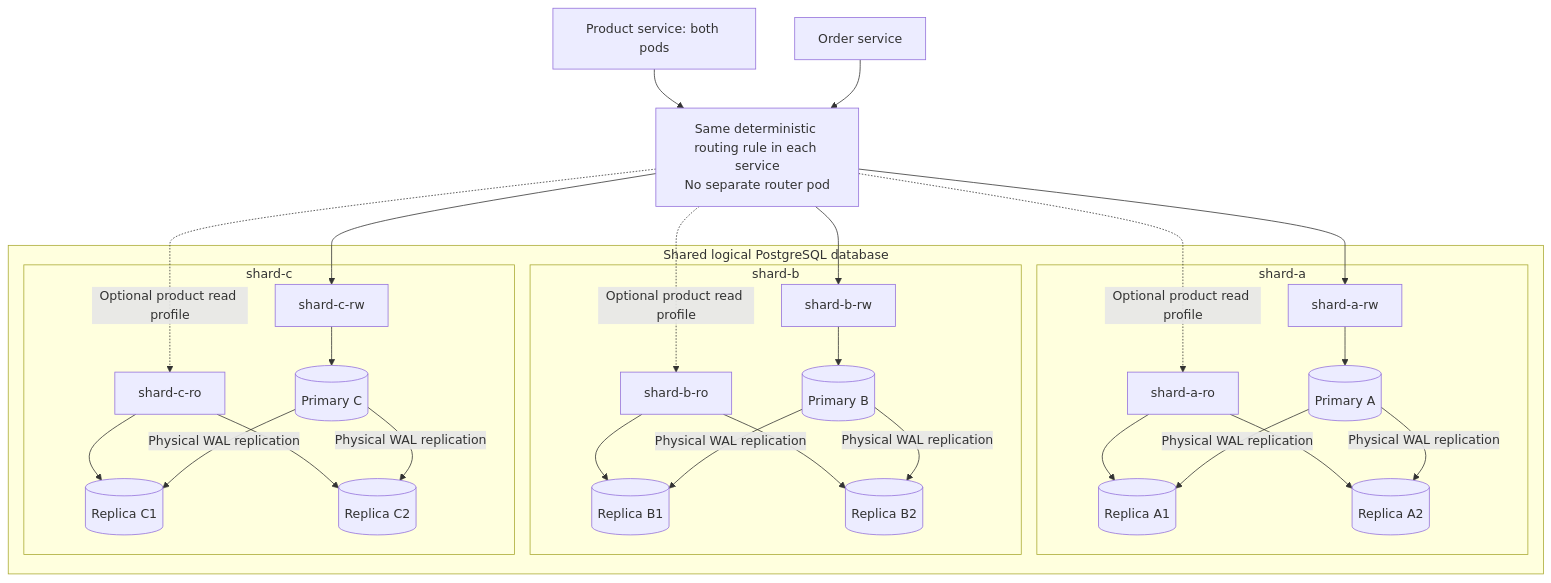
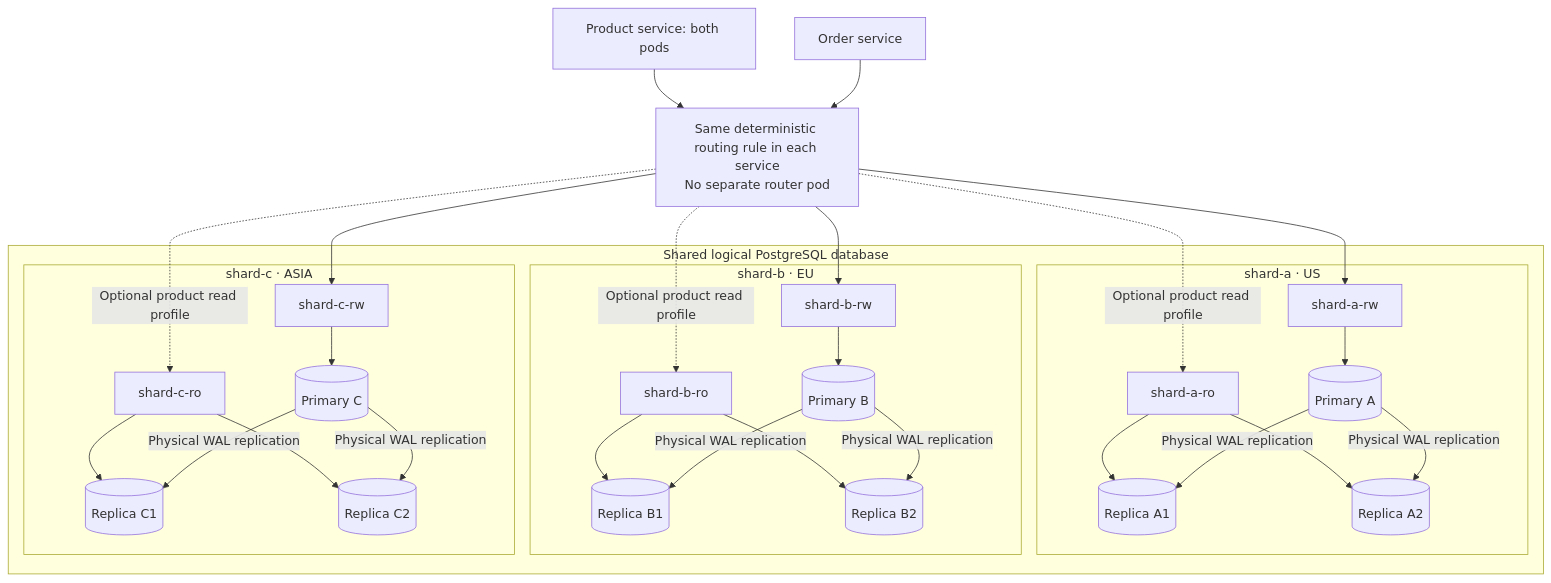
The second of 7 diagrams in microservices/shardshop/ARCHITECTURE.md (nklip/JavaCraft), drawn with Mermaid before and after one commit. The commit also changed other lines of this file and 29 other files, not shown here.

````diff
--- a/microservices/shardshop/ARCHITECTURE.md
+++ b/microservices/shardshop/ARCHITECTURE.md
@@ -233,39 +242,39 @@
 ```mermaid
 flowchart TB
     P["Product service: both pods"]
     O["Order service"]
     ROUTE["Same deterministic routing rule in each service<br/>No separate router pod"]
     P --> ROUTE
     O --> ROUTE
 
     subgraph SHARED["Shared logical PostgreSQL database"]
-        subgraph A["shard-a"]
+        subgraph A["shard-a · US"]
             ARW["shard-a-rw"] --> AP[("Primary A")]
             ARO["shard-a-ro"] --> AS1[("Replica A1")]
             ARO --> AS2[("Replica A2")]
             AP -->|"Physical WAL replication"| AS1
             AP -->|"Physical WAL replication"| AS2
         end
-        subgraph B["shard-b"]
+        subgraph B["shard-b · EU"]
             BRW["shard-b-rw"] --> BP[("Primary B")]
             BRO["shard-b-ro"] --> BS1[("Replica B1")]
             BRO --> BS2[("Replica B2")]
             BP -->|"Physical WAL replication"| BS1
             BP -->|"Physical WAL replication"| BS2
         end
-        subgraph C["shard-c"]
+        subgraph C["shard-c · ASIA"]
             CRW["shard-c-rw"] --> CP[("Primary C")]
             CRO["shard-c-ro"] --> CS1[("Replica C1")]
             CRO --> CS2[("Replica C2")]
             CP -->|"Physical WAL replication"| CS1
             CP -->|"Physical WAL replication"| CS2
         end
     end
 
     ROUTE --> ARW
     ROUTE --> BRW
     ROUTE --> CRW
     ROUTE -. "Optional product read profile" .-> ARO
     ROUTE -. "Optional product read profile" .-> BRO
     ROUTE -. "Optional product read profile" .-> CRO
 ```
````
